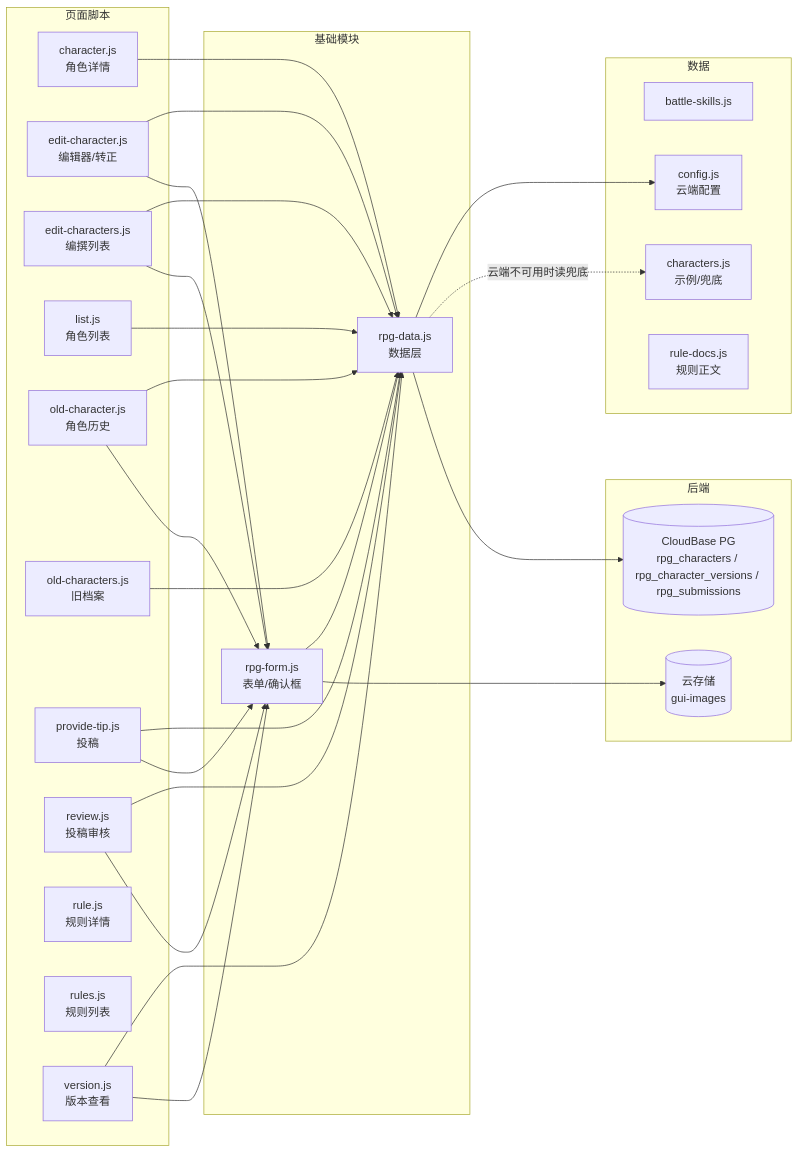
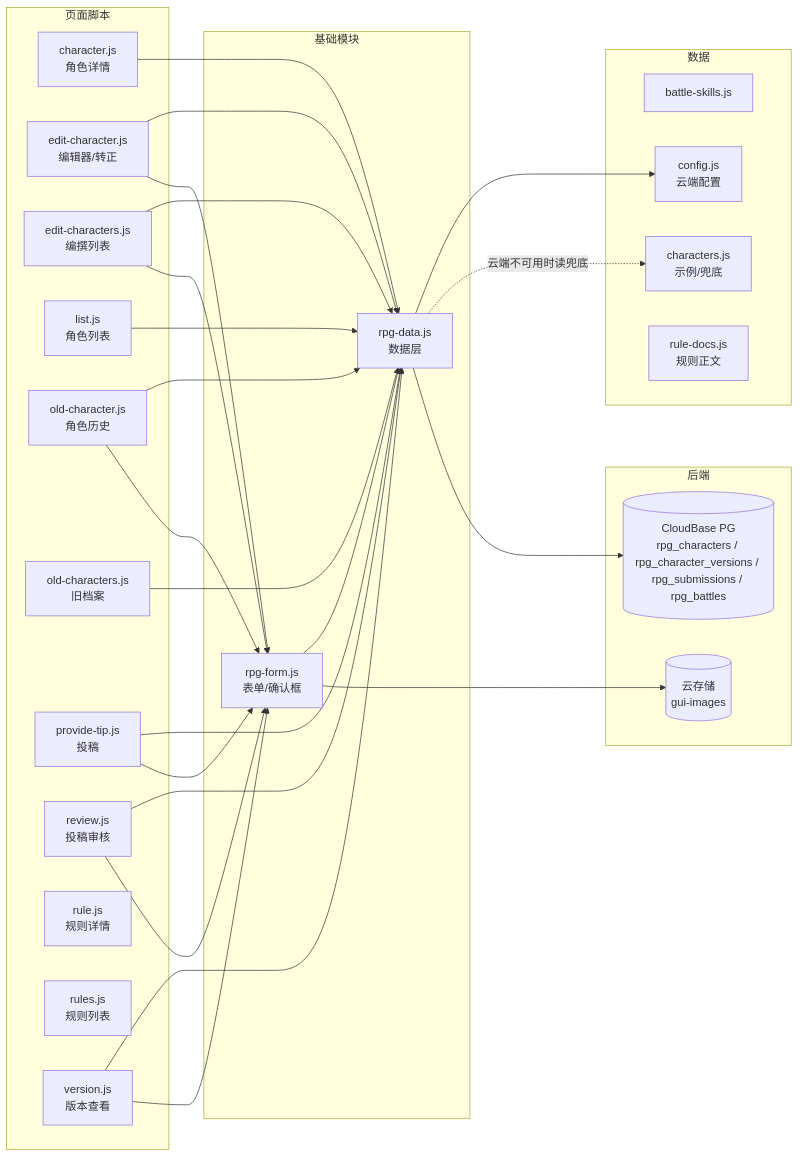
The second of 2 diagrams in rpg6.0/架构.md (cangwu-protect-union/cangwu-protect-union.github.io), drawn with Mermaid before and after one commit. The commit also changed other lines of this file and 75 other files, not shown here.

````diff
--- a/rpg6.0/架构.md
+++ b/rpg6.0/架构.md
@@ -90,62 +97,62 @@
 ```mermaid
 flowchart LR
 
   subgraph scriptLayer2["页面脚本"]
     S_character["character.js<br/>角色详情"]
     S_edit_character["edit-character.js<br/>编辑器/转正"]
     S_edit_characters["edit-characters.js<br/>编撰列表"]
     S_list["list.js<br/>角色列表"]
     S_old_character["old-character.js<br/>角色历史"]
     S_old_characters["old-characters.js<br/>旧档案"]
     S_provide_tip["provide-tip.js<br/>投稿"]
     S_review["review.js<br/>投稿审核"]
     S_rule["rule.js<br/>规则详情"]
     S_rules["rules.js<br/>规则列表"]
     S_version["version.js<br/>版本查看"]
   end
 
   subgraph baseLayer["基础模块"]
     M_rpg_data["rpg-data.js<br/>数据层"]
     M_rpg_form["rpg-form.js<br/>表单/确认框"]
   end
 
   subgraph dataLayer["数据"]
     D_battle_skills["battle-skills.js"]
     D_characters["characters.js<br/>示例/兜底"]
     D_config["config.js<br/>云端配置"]
     D_rule_docs["rule-docs.js<br/>规则正文"]
   end
 
   subgraph backend["后端"]
-    DB[("CloudBase PG<br/>rpg_characters / rpg_character_versions / rpg_submissions")]
+    DB[("CloudBase PG<br/>rpg_characters / rpg_character_versions / rpg_submissions / rpg_battles")]
     ST[("云存储<br/>gui-images")]
   end
 
   %% 页面脚本 → 基础模块
   S_character --> M_rpg_data
   S_edit_character --> M_rpg_data
   S_edit_character --> M_rpg_form
   S_edit_characters --> M_rpg_data
   S_edit_characters --> M_rpg_form
   S_list --> M_rpg_data
   S_old_character --> M_rpg_data
   S_old_character --> M_rpg_form
   S_old_characters --> M_rpg_data
   S_provide_tip --> M_rpg_data
   S_provide_tip --> M_rpg_form
   S_review --> M_rpg_data
   S_review --> M_rpg_form
   S_version --> M_rpg_data
   S_version --> M_rpg_form
 
   %% 基础模块之间的依赖
   M_rpg_form --> M_rpg_data
 
   %% 配置与兜底数据
   M_rpg_data --> D_config
   M_rpg_data -.云端不可用时读兜底.-> D_characters
 
   %% 后端
   M_rpg_data --> DB
   M_rpg_form --> ST
 ```
````
